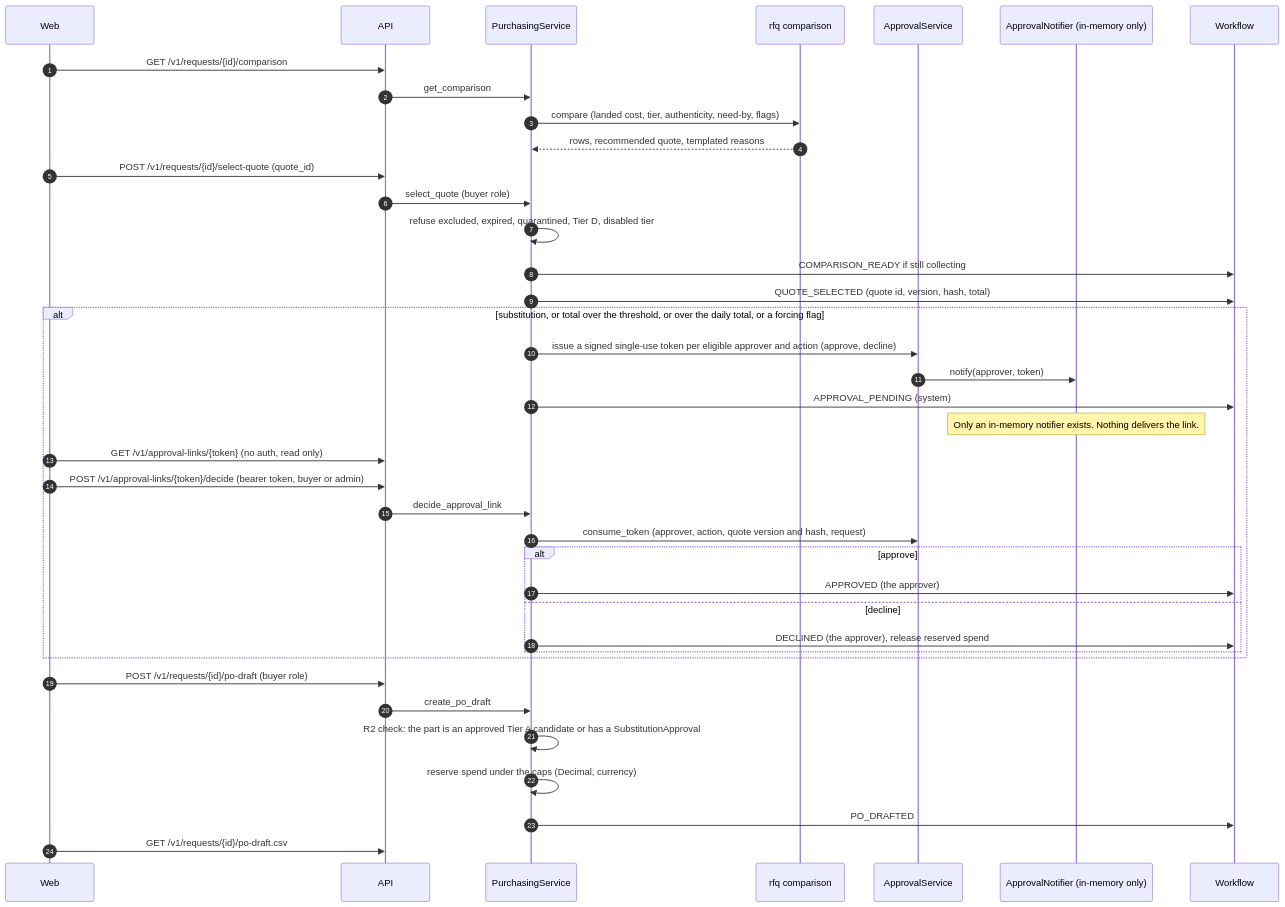
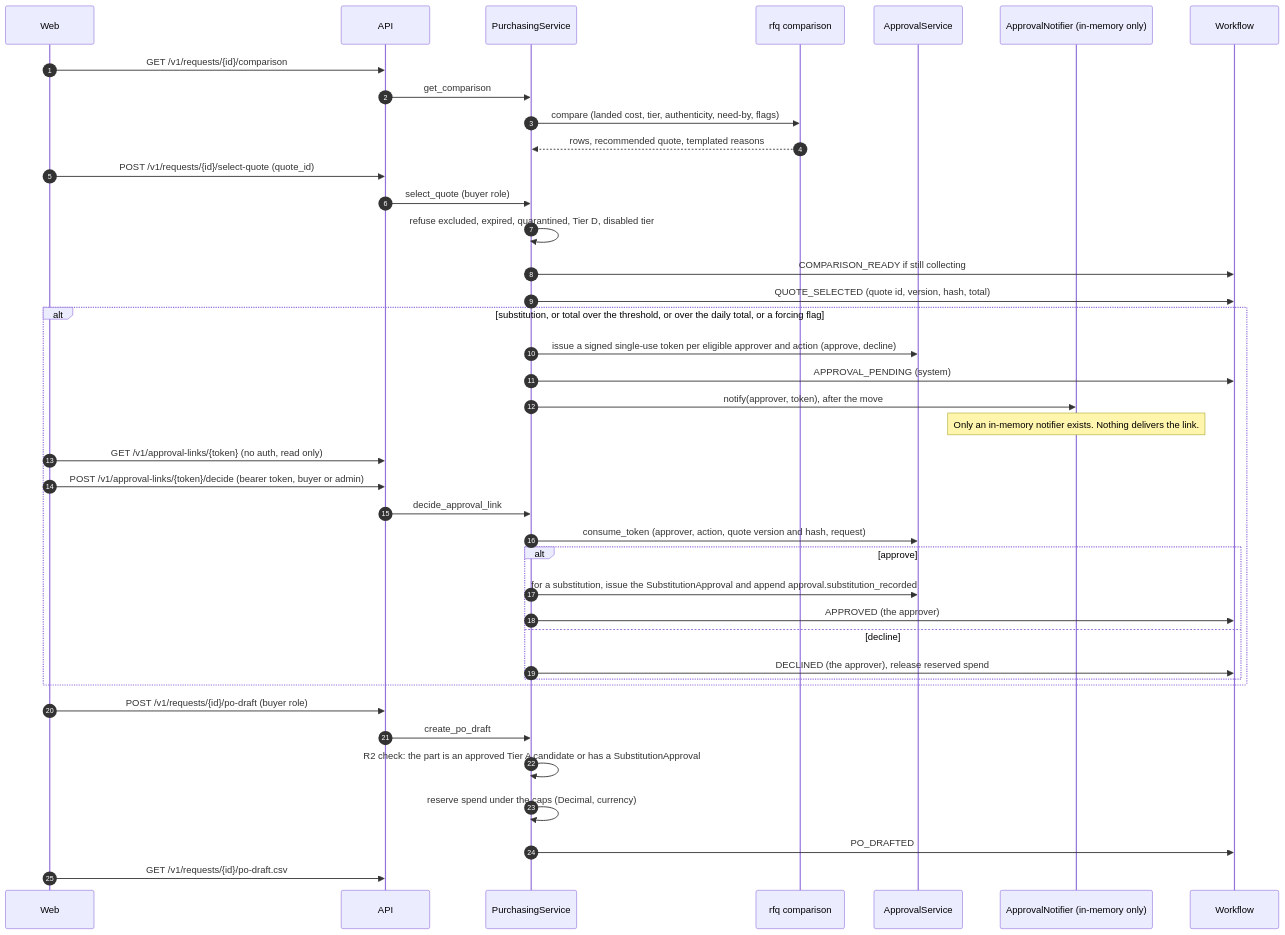
Before and after one commit to emre-akarsu/ai-commerce-ideas: the fifth of 5 diagrams in docs/technical/02-request-lifecycle.md, drawn with Mermaid. The commit also changed other lines of this file and 2 other files, not shown here.

First line of the commit message:
docs: correct the deployment, API and lifecycle pages after an independent fact-check

````diff
--- a/docs/technical/02-request-lifecycle.md
+++ b/docs/technical/02-request-lifecycle.md
@@ -223,41 +228,42 @@
 ```mermaid
 sequenceDiagram
   autonumber
   participant W as Web
   participant A as API
   participant S as PurchasingService
   participant C as rfq comparison
   participant AP as ApprovalService
   participant N as ApprovalNotifier (in-memory only)
   participant WF as Workflow
   W->>A: GET /v1/requests/{id}/comparison
   A->>S: get_comparison
   S->>C: compare (landed cost, tier, authenticity, need-by, flags)
   C-->>S: rows, recommended quote, templated reasons
   W->>A: POST /v1/requests/{id}/select-quote (quote_id)
   A->>S: select_quote (buyer role)
   S->>S: refuse excluded, expired, quarantined, Tier D, disabled tier
   S->>WF: COMPARISON_READY if still collecting
   S->>WF: QUOTE_SELECTED (quote id, version, hash, total)
   alt substitution, or total over the threshold, or over the daily total, or a forcing flag
     S->>AP: issue a signed single-use token per eligible approver and action (approve, decline)
-    AP->>N: notify(approver, token)
     S->>WF: APPROVAL_PENDING (system)
+    S->>N: notify(approver, token), after the move
     Note over N: Only an in-memory notifier exists. Nothing delivers the link.
     W->>A: GET /v1/approval-links/{token} (no auth, read only)
     W->>A: POST /v1/approval-links/{token}/decide (bearer token, buyer or admin)
     A->>S: decide_approval_link
     S->>AP: consume_token (approver, action, quote version and hash, request)
     alt approve
+      S->>AP: for a substitution, issue the SubstitutionApproval and append approval.substitution_recorded
       S->>WF: APPROVED (the approver)
     else decline
       S->>WF: DECLINED (the approver), release reserved spend
     end
   end
   W->>A: POST /v1/requests/{id}/po-draft (buyer role)
   A->>S: create_po_draft
   S->>S: R2 check: the part is an approved Tier A candidate or has a SubstitutionApproval
   S->>S: reserve spend under the caps (Decimal, currency)
   S->>WF: PO_DRAFTED
   W->>A: GET /v1/requests/{id}/po-draft.csv
 ```
````
